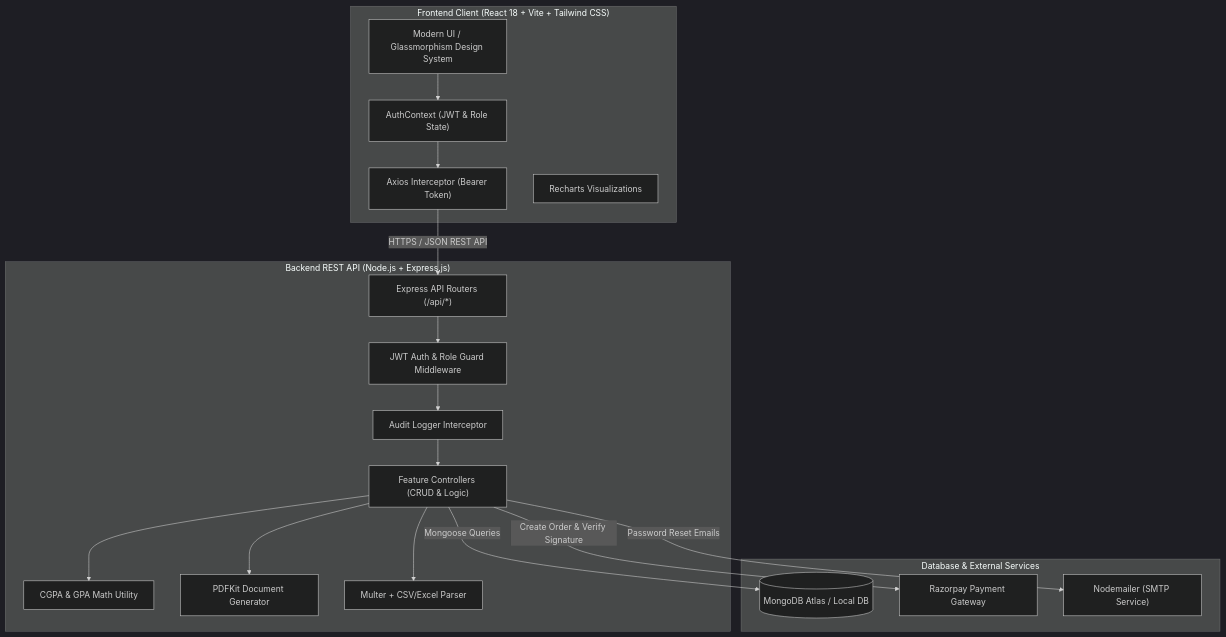
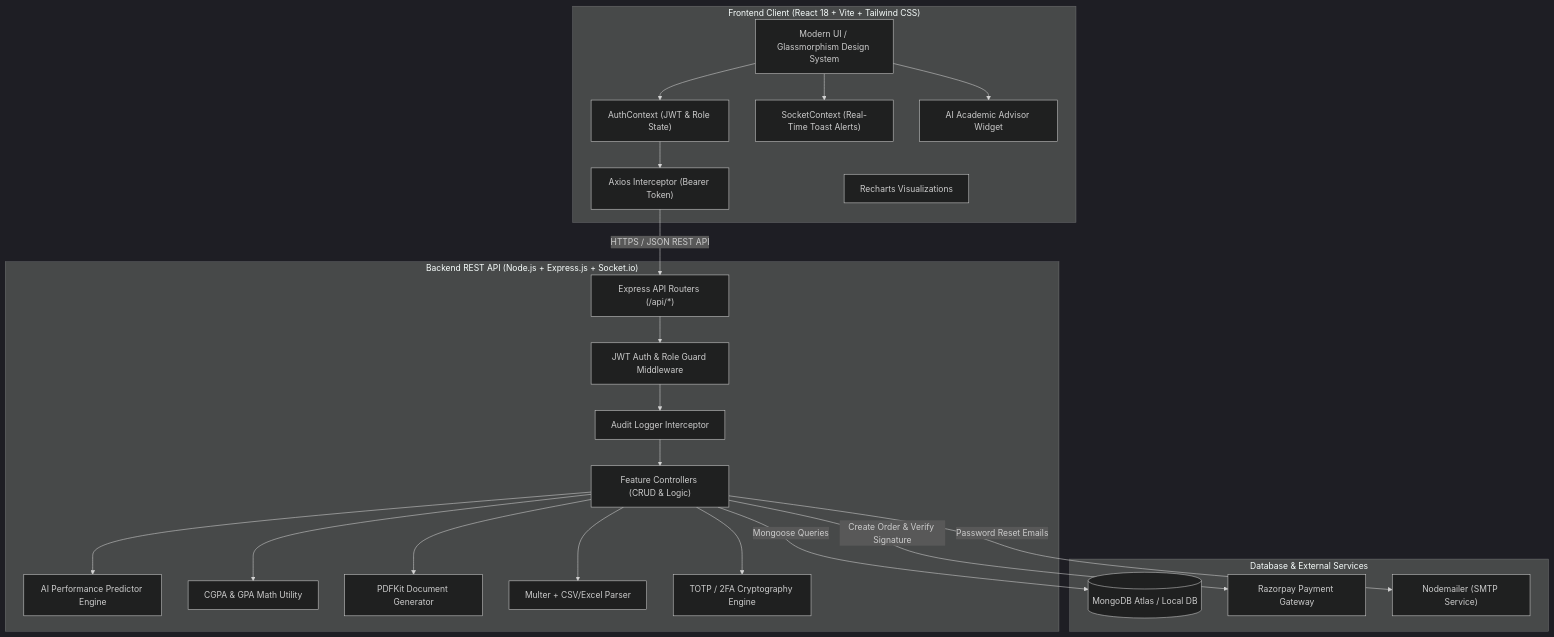
Before and after one commit to amruthck177/Student_management_system: the first of 2 diagrams in README.md, drawn with Mermaid (dark theme). The commit also changed other lines of this file, not shown here.

Commit message:
docs(release): update README to v1.2.0 with AI Predictor, Socket.io, Library, and 2FA specifications

````diff
--- a/README.md
+++ b/README.md
@@ -102,38 +99,46 @@
 ```mermaid
 graph TD
     subgraph Client["Frontend Client (React 18 + Vite + Tailwind CSS)"]
         UI["Modern UI / Glassmorphism Design System"]
         AuthCtx["AuthContext (JWT & Role State)"]
+        SockCtx["SocketContext (Real-Time Toast Alerts)"]
+        AIWidget["AI Academic Advisor Widget"]
         AxiosInst["Axios Interceptor (Bearer Token)"]
         Charts["Recharts Visualizations"]
     end
 
-    subgraph Server["Backend REST API (Node.js + Express.js)"]
+    subgraph Server["Backend REST API (Node.js + Express.js + Socket.io)"]
         Router["Express API Routers (/api/*)"]
         AuthGuard["JWT Auth & Role Guard Middleware"]
         AuditMid["Audit Logger Interceptor"]
         Controllers["Feature Controllers (CRUD & Logic)"]
+        AIEngine["AI Performance Predictor Engine"]
         CGPAMath["CGPA & GPA Math Utility"]
         PDFEngine["PDFKit Document Generator"]
         CSVIngest["Multer + CSV/Excel Parser"]
+        TwoFactor["TOTP / 2FA Cryptography Engine"]
     end
 
     subgraph Data["Database & External Services"]
         Mongo[(MongoDB Atlas / Local DB)]
         Rzp["Razorpay Payment Gateway"]
         SMTP["Nodemailer (SMTP Service)"]
     end
 
     UI --> AuthCtx
+    UI --> SockCtx
+    UI --> AIWidget
     AuthCtx --> AxiosInst
     AxiosInst -->|HTTPS / JSON REST API| Router
     Router --> AuthGuard
     AuthGuard --> AuditMid
     AuditMid --> Controllers
+    Controllers --> AIEngine
     Controllers --> CGPAMath
     Controllers --> PDFEngine
     Controllers --> CSVIngest
+    Controllers --> TwoFactor
     Controllers -->|Mongoose Queries| Mongo
     Controllers -->|Create Order & Verify Signature| Rzp
     Controllers -->|Password Reset Emails| SMTP
 ```
````
